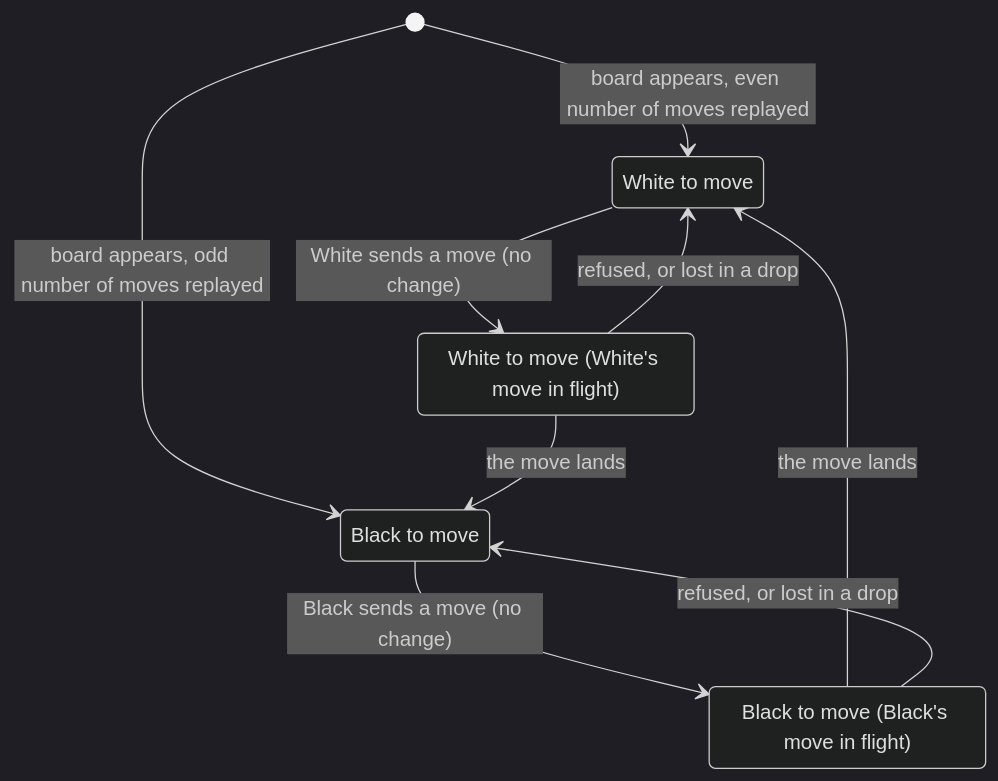
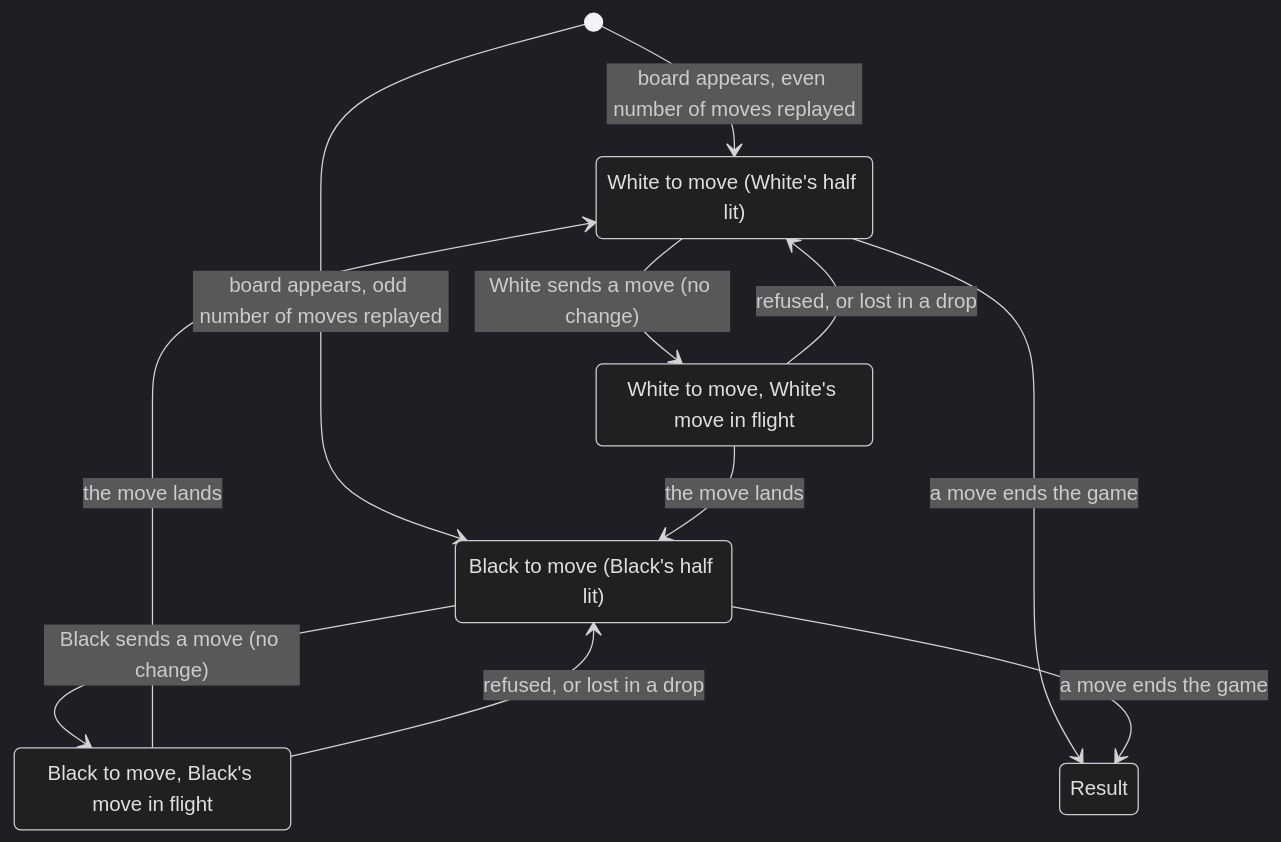
One commit to howard36/3d-chess changed the diagram in product-description/game-page/turn-indicator.md. Above: the diagram before and after it, drawn with Mermaid (dark theme). The commit also changed other lines of this file and 16 other files, not shown here.

````diff
--- a/product-description/game-page/turn-indicator.md
+++ b/product-description/game-page/turn-indicator.md
@@ -17,15 +19,18 @@
 ```mermaid
 stateDiagram-v2
-    state "White to move" as white
-    state "White to move (White's move in flight)" as wflight
-    state "Black to move" as black
-    state "Black to move (Black's move in flight)" as bflight
+    state "White to move (White's half lit)" as white
+    state "White to move, White's move in flight" as wflight
+    state "Black to move (Black's half lit)" as black
+    state "Black to move, Black's move in flight" as bflight
+    state "Result" as over
     [*] --> white : board appears, even number of moves replayed
     [*] --> black : board appears, odd number of moves replayed
     white --> wflight : White sends a move (no change)
     wflight --> black : the move lands
     wflight --> white : refused, or lost in a drop
     black --> bflight : Black sends a move (no change)
     bflight --> white : the move lands
     bflight --> black : refused, or lost in a drop
+    white --> over : a move ends the game
+    black --> over : a move ends the game
 ```
````
